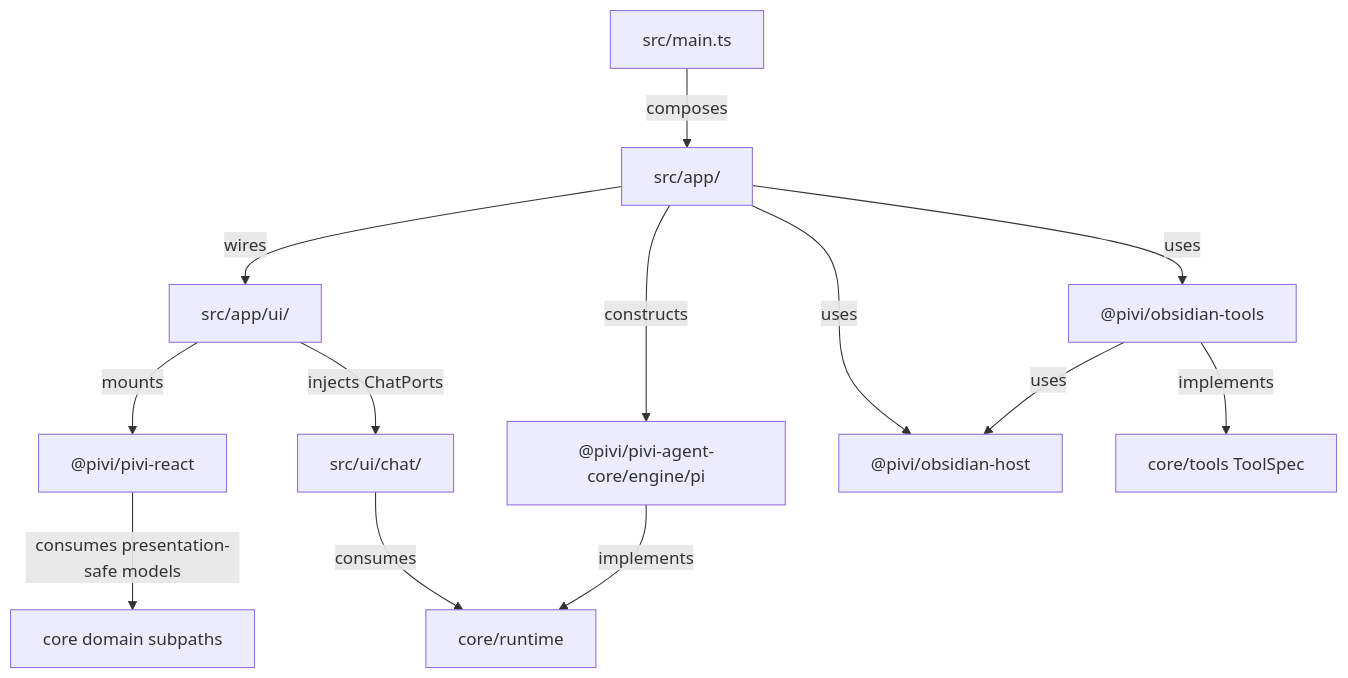
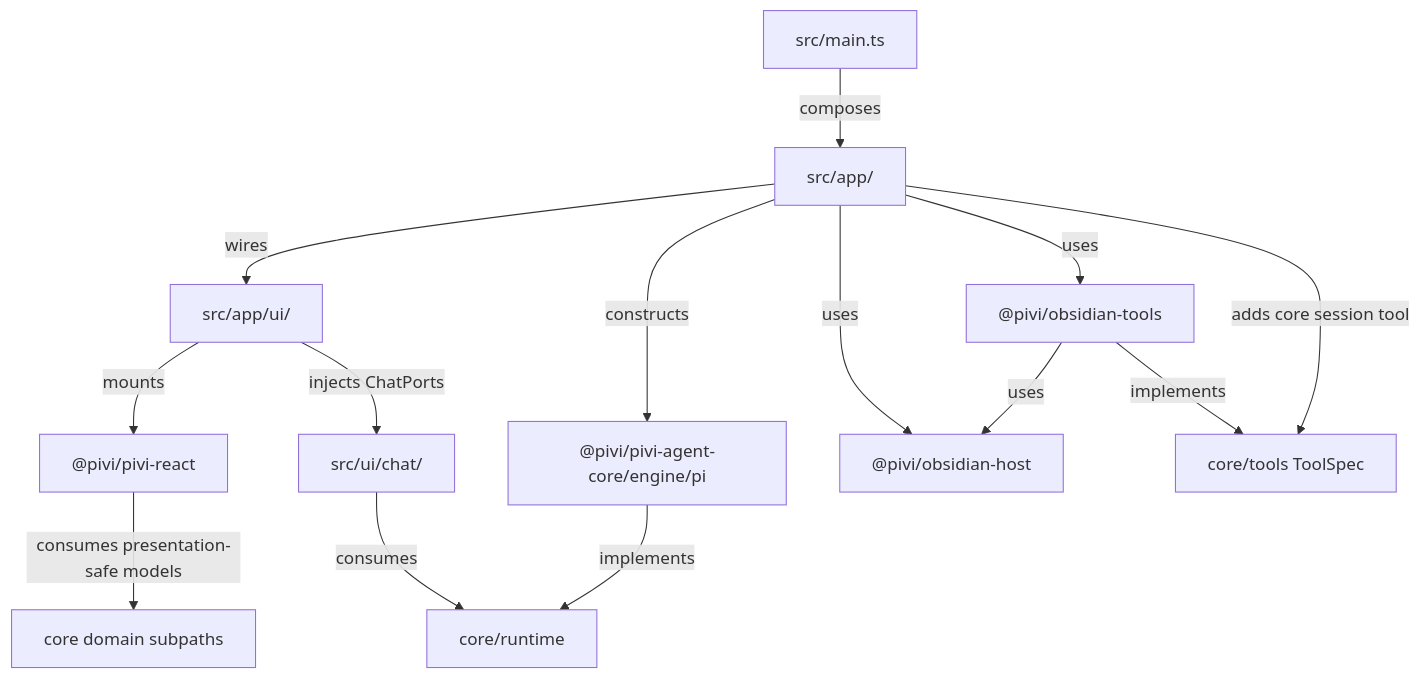
The diagram in docs/02-architecture-and-technology.md (BluerAngala/obsidian-aiwork), drawn with Mermaid before and after one commit. The commit also changed other lines of this file and 87 other files, not shown here.

````diff
--- a/docs/02-architecture-and-technology.md
+++ b/docs/02-architecture-and-technology.md
@@ -9,15 +9,16 @@
 ```mermaid
 flowchart TD
   Main["src/main.ts"] -- "composes" --> App["src/app/"]
   App -- "wires" --> AppUI["src/app/ui/"]
   AppUI -- "mounts" --> React["@pivi/pivi-react"]
   AppUI -- "injects ChatPorts" --> Chat["src/ui/chat/"]
   App -- "constructs" --> Engine["@pivi/pivi-agent-core/engine/pi"]
   Chat -- "consumes" --> Runtime["core/runtime"]
   React -- "consumes presentation-safe models" --> Core["core domain subpaths"]
   App -- "uses" --> Host["@pivi/obsidian-host"]
   App -- "uses" --> Tools["@pivi/obsidian-tools"]
   Tools -- "uses" --> Host
   Tools -- "implements" --> ToolSpec["core/tools ToolSpec"]
+  App -- "adds core session tool" --> ToolSpec
   Engine -- "implements" --> Runtime
 ```
````
